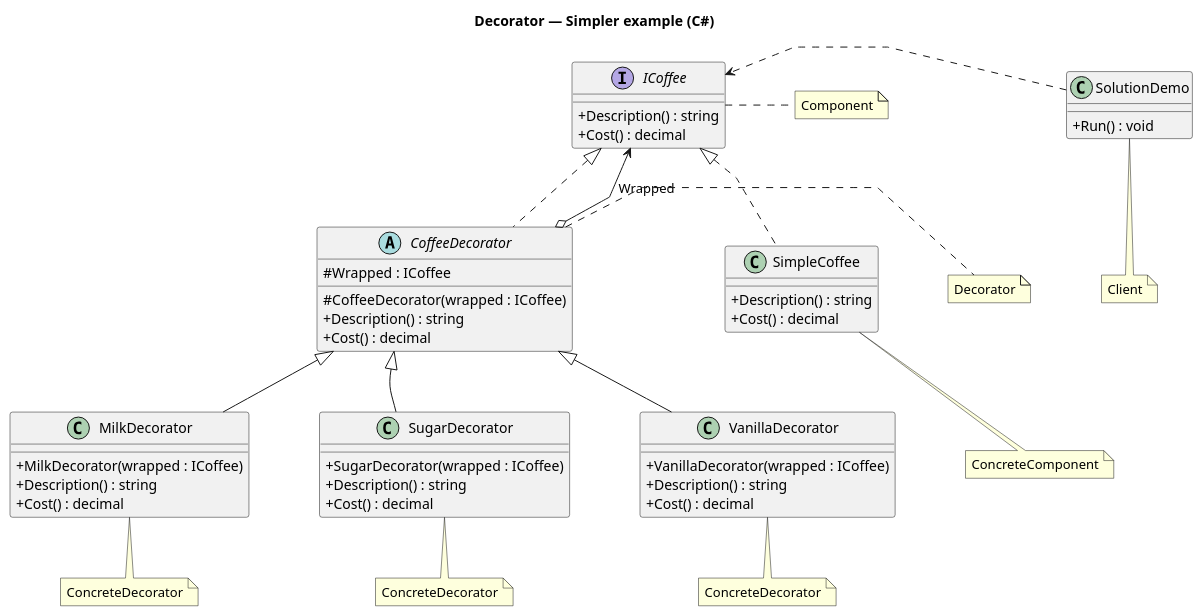
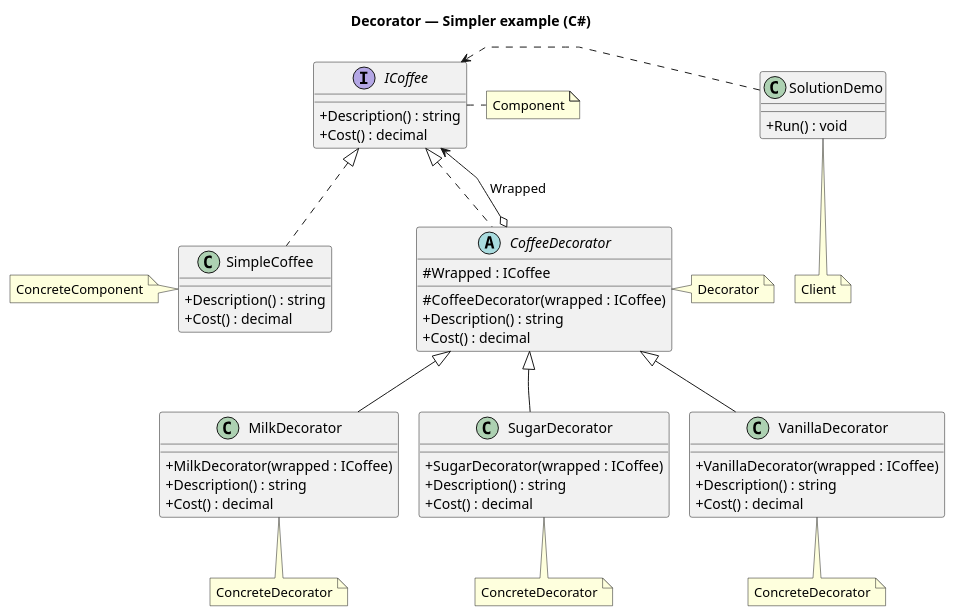
The diagram in Structural Patterns (Simpler)/Simpler.Decorator/uml/decorator.puml (kaldiroglu/DesignPatternsWithCSharp), drawn with PlantUML before and after one commit. The commit also changed 12 other files, not shown here.

Commit message:
Diagrams: the last is-a families follow the layout rule; redrawn PNGs have a white background

```diff
--- a/Structural Patterns (Simpler)/Simpler.Decorator/uml/decorator.puml
+++ b/Structural Patterns (Simpler)/Simpler.Decorator/uml/decorator.puml
@@ -1,78 +1,79 @@
 @startuml Decorator
+skinparam nodesep 20
 skinparam linetype polyline
-skinparam nodesep 70
 skinparam class {
   BackgroundColor<<spacer>> transparent
   BorderColor<<spacer>> transparent
   FontColor<<spacer>> transparent
 }
 hide <<spacer>> stereotype
 hide <<spacer>> circle
 skinparam classAttributeIconSize 0
 title Decorator — Simpler example (C#)
 
 interface ICoffee {
   + Description() : string
   + Cost() : decimal
 }
 
 class SimpleCoffee {
   + Description() : string
   + Cost() : decimal
 }
 
 abstract class CoffeeDecorator {
   # Wrapped : ICoffee
   # CoffeeDecorator(wrapped : ICoffee)
   + Description() : string
   + Cost() : decimal
 }
 
 class MilkDecorator {
   + MilkDecorator(wrapped : ICoffee)
   + Description() : string
   + Cost() : decimal
 }
 
 class SugarDecorator {
   + SugarDecorator(wrapped : ICoffee)
   + Description() : string
   + Cost() : decimal
 }
 
 class VanillaDecorator {
   + VanillaDecorator(wrapped : ICoffee)
   + Description() : string
   + Cost() : decimal
 }
 
 class SolutionDemo {
   + Run() : void
 }
 
 ICoffee <|.. SimpleCoffee
 ICoffee <|.. CoffeeDecorator
 CoffeeDecorator <|-- MilkDecorator
 CoffeeDecorator <|-- SugarDecorator
 CoffeeDecorator <|-- VanillaDecorator
 
 note right of ICoffee : Component
-note bottom of SimpleCoffee : ConcreteComponent
+note left of SimpleCoffee : ConcreteComponent
 note right of CoffeeDecorator : Decorator
 note bottom of MilkDecorator : ConcreteDecorator
 note bottom of SugarDecorator : ConcreteDecorator
 note bottom of VanillaDecorator : ConcreteDecorator
 note bottom of SolutionDemo : Client
-
+CoffeeDecorator o-[norank]-> ICoffee : Wrapped
+SolutionDemo .[norank].> ICoffee
 class " " as Spacer1 <<spacer>>
+class " " as Spacer2 <<spacer>>
 ICoffee -[hidden]- Spacer1
 ICoffee -[hidden]- Spacer1
-CoffeeDecorator -[hidden]right- Spacer1
-Spacer1 -[hidden]right- SimpleCoffee
+SimpleCoffee -[hidden]right- Spacer2
+Spacer2 -[hidden]right- Spacer1
+Spacer1 -[hidden]right- CoffeeDecorator
 CoffeeDecorator -[hidden]- SugarDecorator
 CoffeeDecorator -[hidden]- SugarDecorator
 MilkDecorator -[hidden]right- SugarDecorator
 SugarDecorator -[hidden]right- VanillaDecorator
-CoffeeDecorator o-[norank]-> ICoffee : Wrapped
-SolutionDemo .[norank].> ICoffee
 @enduml
```
